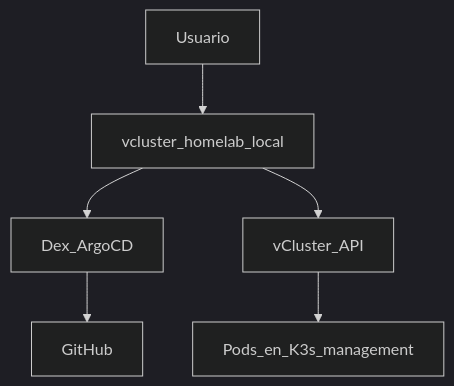
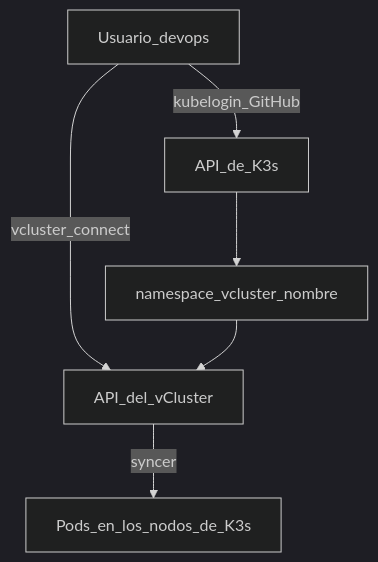
Before and after one commit to maceosoft/homelab: the diagram in docs/implementacion/fase-5-vcluster.md, drawn with Mermaid (dark theme). The commit also changed other lines of this file and 32 other files, not shown here.

Commit message:
vCluster open source en vez de vCluster Platform: Fase 5, operaciones frecuentes y Dex sin VCLUSTER_CLIENT_SECRET

````diff
--- a/docs/implementacion/fase-5-vcluster.md
+++ b/docs/implementacion/fase-5-vcluster.md
@@ -39,8 +43,8 @@
 ```mermaid
 flowchart TB
-  User[Usuario] --> VP[vcluster_homelab_local]
-  VP --> Dex[Dex_ArgoCD]
-  Dex --> GH[GitHub]
-  VP --> VC[vCluster_API]
-  VC --> Mgmt[Pods_en_K3s_management]
+  User[Usuario_devops] -->|kubelogin_GitHub| K3s[API_de_K3s]
+  User -->|vcluster_connect| VC[API_del_vCluster]
+  K3s --> NS[namespace_vcluster_nombre]
+  NS --> VC
+  VC -->|syncer| Pods[Pods_en_los_nodos_de_K3s]
 ```
````
